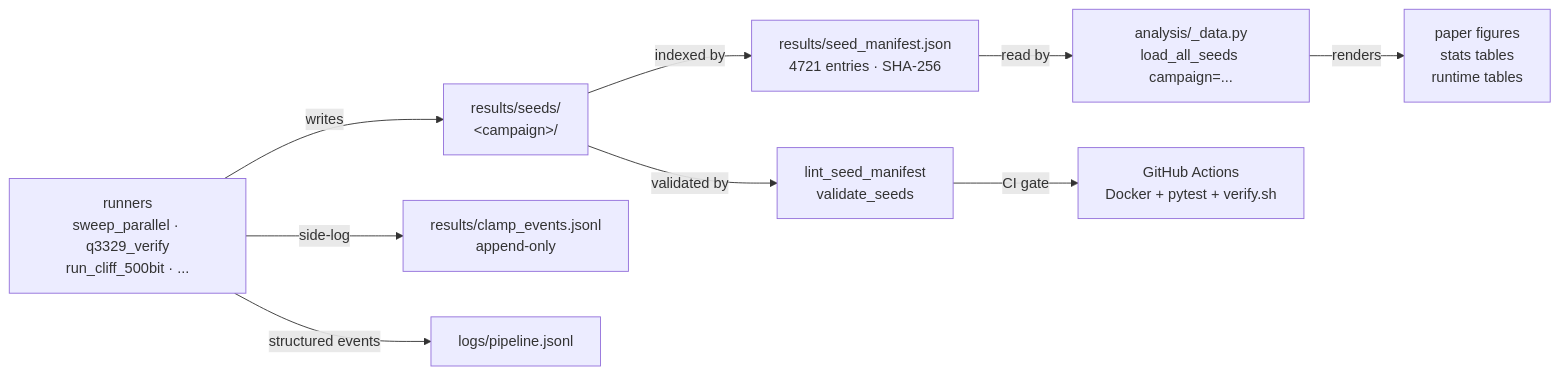
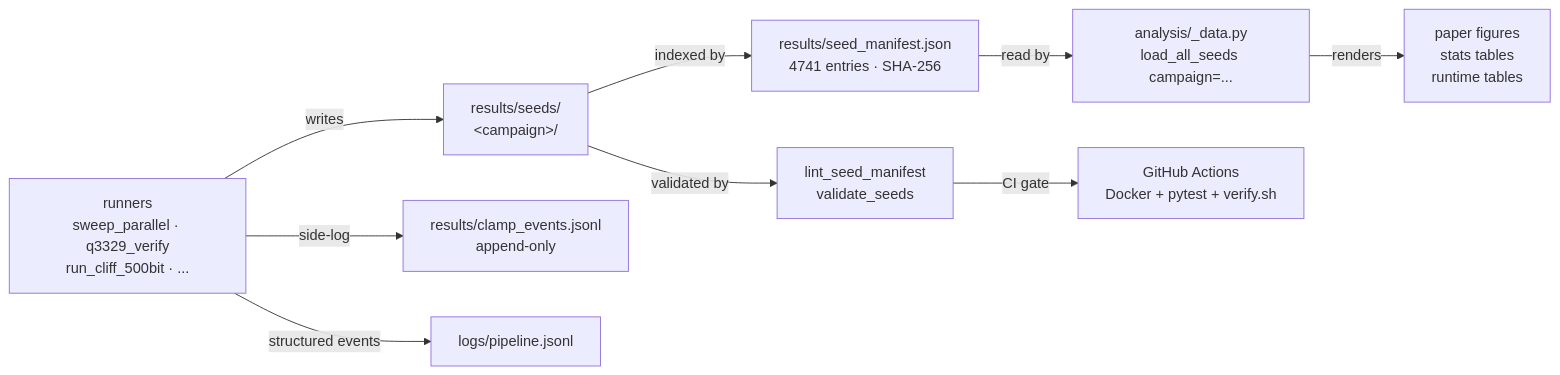
The diagram in README.md (BrendanChambersBourgeois/sdbkz-benchmark), drawn with Mermaid before and after one commit. The commit also changed other lines of this file and 27 other files, not shown here.

````diff
--- a/README.md
+++ b/README.md
@@ -68,11 +68,11 @@
 ```mermaid
 flowchart LR
   A[runners<br/>sweep_parallel · q3329_verify<br/>run_cliff_500bit · ...] -->|writes| B[results/seeds/<br/>&lt;campaign&gt;/]
-  B -->|indexed by| C[results/seed_manifest.json<br/>4721 entries · SHA-256]
+  B -->|indexed by| C[results/seed_manifest.json<br/>4741 entries · SHA-256]
   C -->|read by| D[analysis/_data.py<br/>load_all_seeds campaign=...]
   D -->|renders| E[paper figures<br/>stats tables<br/>runtime tables]
   B -->|validated by| F[lint_seed_manifest<br/>validate_seeds]
   F -->|CI gate| G[GitHub Actions<br/>Docker + pytest + verify.sh]
   A -->|side-log| H[results/clamp_events.jsonl<br/>append-only]
   A -->|structured events| I[logs/pipeline.jsonl]
 ```
````
